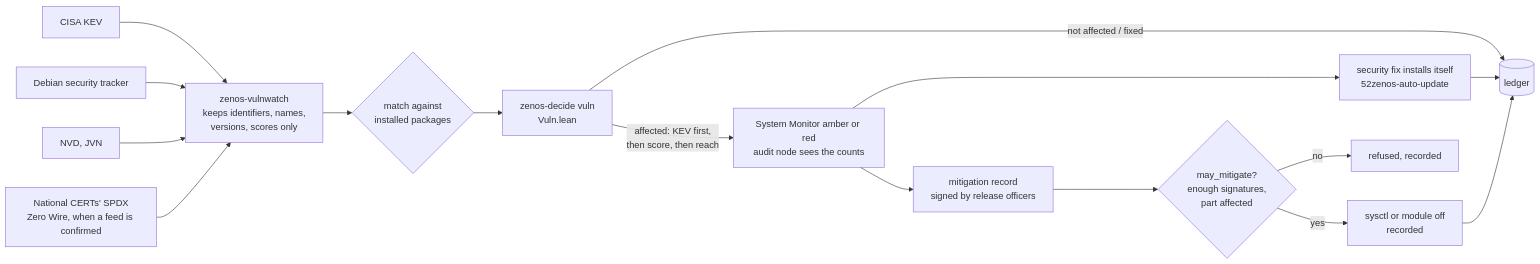
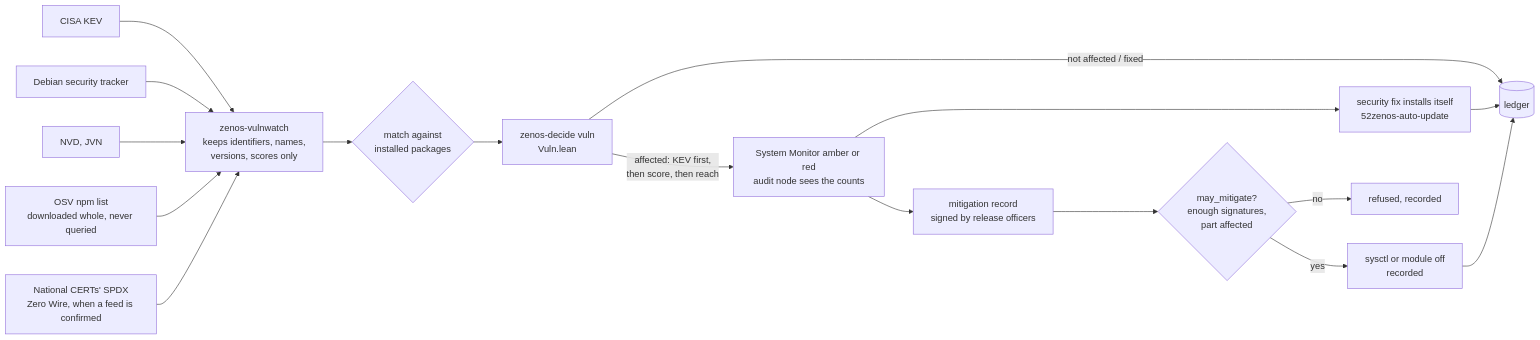
One commit to Jiritsuteki/zenos changed the second of 2 diagrams in docs/ARCHITECTURE.md. Above: the diagram before and after it, drawn with Mermaid. The commit also changed 8 other files, not shown here.

First line of the commit message:
vulnwatch: the shipped Node.js packages matched against OSV's npm list, downloaded whole, never queried

````diff
--- a/docs/ARCHITECTURE.md
+++ b/docs/ARCHITECTURE.md
@@ -118,18 +118,19 @@
 ```mermaid
 flowchart LR
   K[CISA KEV] --> F
   D[Debian security tracker] --> F
   V[NVD, JVN] --> F
+  O[OSV npm list<br/>downloaded whole, never queried] --> F
   C[National CERTs' SPDX<br/>Zero Wire, when a feed is confirmed] --> F
   F[zenos-vulnwatch<br/>keeps identifiers, names,<br/>versions, scores only] --> M{match against<br/>installed packages}
   M --> Z[zenos-decide vuln<br/>Vuln.lean]
   Z -- not affected / fixed --> L[(ledger)]
   Z -- affected: KEV first,<br/>then score, then reach --> A[System Monitor amber or red<br/>audit node sees the counts]
   A --> U[security fix installs itself<br/>52zenos-auto-update]
   A --> G[mitigation record<br/>signed by release officers]
   G --> Z2{may_mitigate?<br/>enough signatures,<br/>part affected}
   Z2 -- yes --> X[sysctl or module off<br/>recorded]
   Z2 -- no --> R[refused, recorded]
   U --> L
   X --> L
 ```
````
